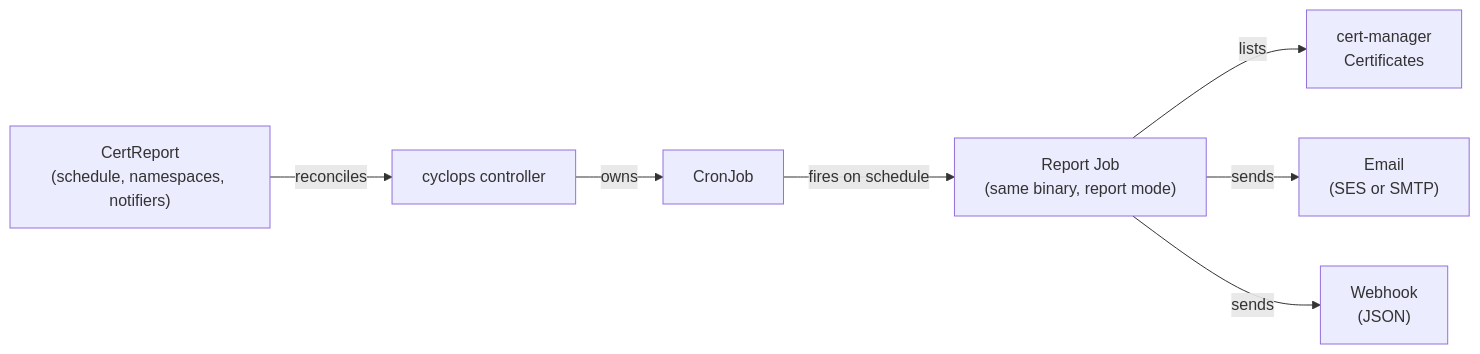
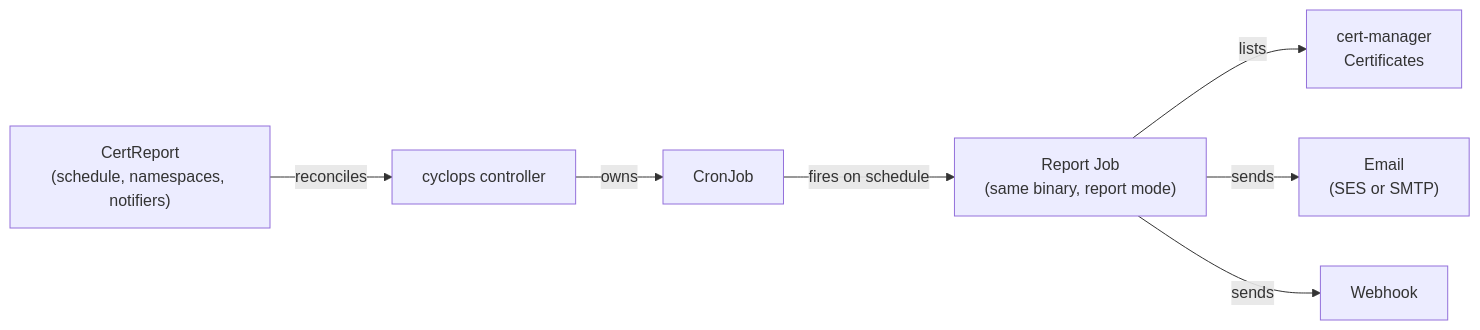
Before and after one commit to sakshitposting-irl/cyclops: the diagram in README.md, drawn with Mermaid. The commit also changed other lines of this file, not shown here.

````diff
--- a/README.md
+++ b/README.md
@@ -17,9 +21,9 @@
 ```mermaid
 flowchart LR
     CR["CertReport<br/>(schedule, namespaces, notifiers)"] -->|reconciles| CTRL[cyclops controller]
     CTRL -->|owns| CJ[CronJob]
     CJ -->|fires on schedule| JOB["Report Job<br/>(same binary, report mode)"]
     JOB -->|lists| CM["cert-manager<br/>Certificates"]
     JOB -->|sends| MAIL["Email<br/>(SES or SMTP)"]
-    JOB -->|sends| HOOK["Webhook<br/>(JSON)"]
+    JOB -->|sends| HOOK[Webhook]
 ```
````
